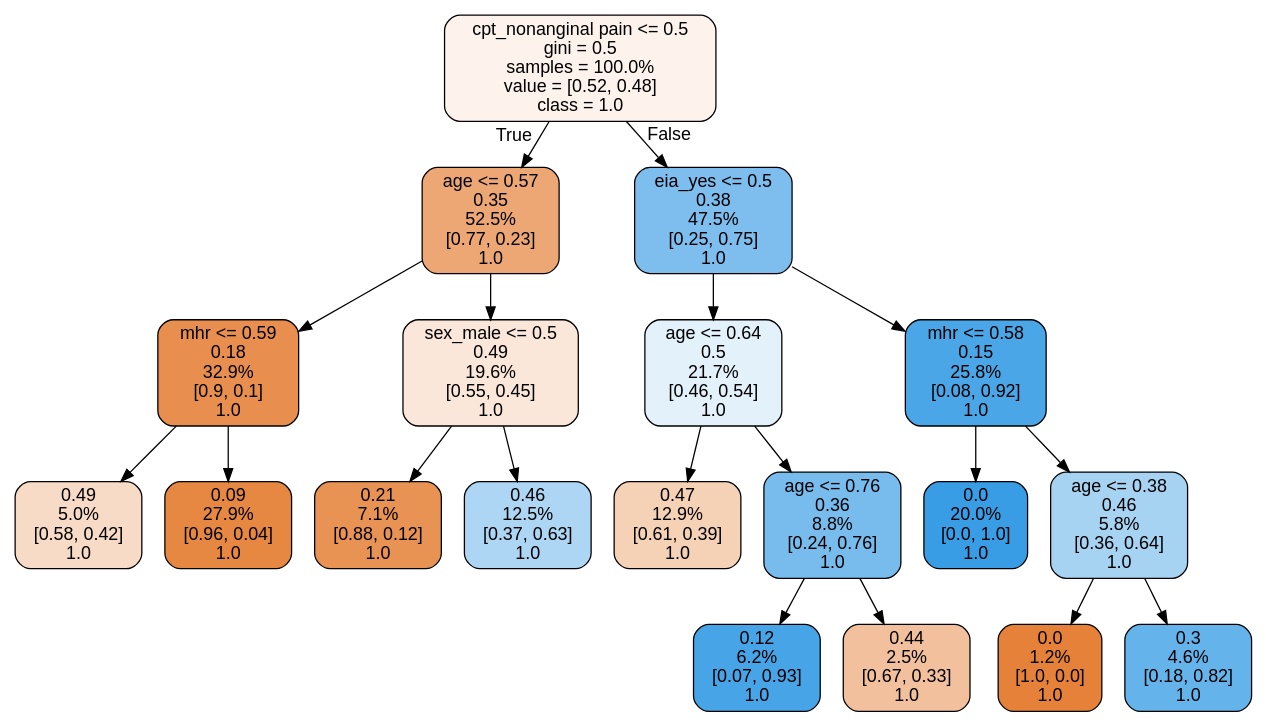
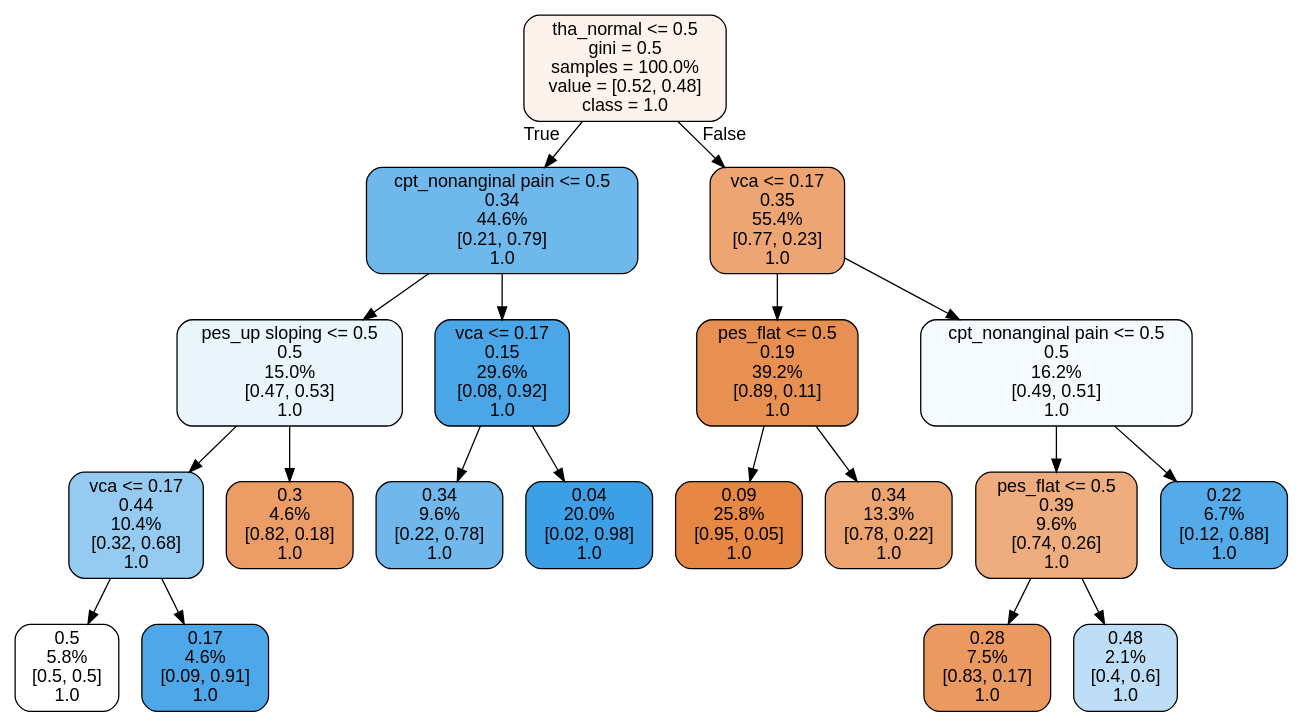
One commit to ma6068/SU changed the diagram in dot/decision_tree.dot. Above: the diagram before and after it, drawn with Graphviz. The commit also changed 45 other files, not shown here.

```diff
--- a/dot/decision_tree.dot
+++ b/dot/decision_tree.dot
@@ -1,41 +1,41 @@
 digraph Tree {
 node [shape=box, style="filled, rounded", color="black", fontname="helvetica"] ;
 edge [fontname="helvetica"] ;
-0 [label="cpt_nonanginal pain <= 0.5\ngini = 0.5\nsamples = 100.0%\nvalue = [0.52, 0.48]\nclass = 1.0", fillcolor="#fdf3ec"] ;
-1 [label="age <= 0.57\n0.35\n52.5%\n[0.77, 0.23]\n1.0", fillcolor="#eda774"] ;
+0 [label="tha_normal <= 0.5\ngini = 0.5\nsamples = 100.0%\nvalue = [0.52, 0.48]\nclass = 1.0", fillcolor="#fdf3ec"] ;
+1 [label="cpt_nonanginal pain <= 0.5\n0.34\n44.6%\n[0.21, 0.79]\n1.0", fillcolor="#6fb8ec"] ;
 0 -> 1 [labeldistance=2.5, labelangle=45, headlabel="True"] ;
-5 [label="mhr <= 0.59\n0.18\n32.9%\n[0.9, 0.1]\n1.0", fillcolor="#e88f4f"] ;
+5 [label="pes_up sloping <= 0.5\n0.5\n15.0%\n[0.47, 0.53]\n1.0", fillcolor="#eaf5fc"] ;
 1 -> 5 ;
-13 [label="0.49\n5.0%\n[0.58, 0.42]\n1.0", fillcolor="#f8dbc6"] ;
-5 -> 13 ;
-14 [label="0.09\n27.9%\n[0.96, 0.04]\n1.0", fillcolor="#e68742"] ;
-5 -> 14 ;
-6 [label="sex_male <= 0.5\n0.49\n19.6%\n[0.55, 0.45]\n1.0", fillcolor="#fae7d9"] ;
+9 [label="vca <= 0.17\n0.44\n10.4%\n[0.32, 0.68]\n1.0", fillcolor="#96cbf1"] ;
+5 -> 9 ;
+11 [label="0.5\n5.8%\n[0.5, 0.5]\n1.0", fillcolor="#ffffff"] ;
+9 -> 11 ;
+12 [label="0.17\n4.6%\n[0.09, 0.91]\n1.0", fillcolor="#4da7e8"] ;
+9 -> 12 ;
+10 [label="0.3\n4.6%\n[0.82, 0.18]\n1.0", fillcolor="#eb9d65"] ;
+5 -> 10 ;
+6 [label="vca <= 0.17\n0.15\n29.6%\n[0.08, 0.92]\n1.0", fillcolor="#4ba6e7"] ;
 1 -> 6 ;
-7 [label="0.21\n7.1%\n[0.88, 0.12]\n1.0", fillcolor="#e89253"] ;
-6 -> 7 ;
-8 [label="0.46\n12.5%\n[0.37, 0.63]\n1.0", fillcolor="#acd6f4"] ;
-6 -> 8 ;
-2 [label="eia_yes <= 0.5\n0.38\n47.5%\n[0.25, 0.75]\n1.0", fillcolor="#7dbeee"] ;
+17 [label="0.34\n9.6%\n[0.22, 0.78]\n1.0", fillcolor="#70b8ec"] ;
+6 -> 17 ;
+18 [label="0.04\n20.0%\n[0.02, 0.98]\n1.0", fillcolor="#3d9fe6"] ;
+6 -> 18 ;
+2 [label="vca <= 0.17\n0.35\n55.4%\n[0.77, 0.23]\n1.0", fillcolor="#eda673"] ;
 0 -> 2 [labeldistance=2.5, labelangle=-45, headlabel="False"] ;
-3 [label="age <= 0.64\n0.5\n21.7%\n[0.46, 0.54]\n1.0", fillcolor="#e3f1fb"] ;
+3 [label="pes_flat <= 0.5\n0.19\n39.2%\n[0.89, 0.11]\n1.0", fillcolor="#e89051"] ;
 2 -> 3 ;
-9 [label="0.47\n12.9%\n[0.61, 0.39]\n1.0", fillcolor="#f5d1b6"] ;
-3 -> 9 ;
-10 [label="age <= 0.76\n0.36\n8.8%\n[0.24, 0.76]\n1.0", fillcolor="#77bced"] ;
-3 -> 10 ;
-11 [label="0.12\n6.2%\n[0.07, 0.93]\n1.0", fillcolor="#47a4e7"] ;
-10 -> 11 ;
-12 [label="0.44\n2.5%\n[0.67, 0.33]\n1.0", fillcolor="#f2c09c"] ;
-10 -> 12 ;
-4 [label="mhr <= 0.58\n0.15\n25.8%\n[0.08, 0.92]\n1.0", fillcolor="#4aa6e7"] ;
+15 [label="0.09\n25.8%\n[0.95, 0.05]\n1.0", fillcolor="#e68743"] ;
+3 -> 15 ;
+16 [label="0.34\n13.3%\n[0.78, 0.22]\n1.0", fillcolor="#eca470"] ;
+3 -> 16 ;
+4 [label="cpt_nonanginal pain <= 0.5\n0.5\n16.2%\n[0.49, 0.51]\n1.0", fillcolor="#f5fafe"] ;
 2 -> 4 ;
-15 [label="0.0\n20.0%\n[0.0, 1.0]\n1.0", fillcolor="#399de5"] ;
-4 -> 15 ;
-16 [label="age <= 0.38\n0.46\n5.8%\n[0.36, 0.64]\n1.0", fillcolor="#a7d3f3"] ;
-4 -> 16 ;
-17 [label="0.0\n1.2%\n[1.0, 0.0]\n1.0", fillcolor="#e58139"] ;
-16 -> 17 ;
-18 [label="0.3\n4.6%\n[0.18, 0.82]\n1.0", fillcolor="#65b3eb"] ;
-16 -> 18 ;
+7 [label="pes_flat <= 0.5\n0.39\n9.6%\n[0.74, 0.26]\n1.0", fillcolor="#eead7f"] ;
+4 -> 7 ;
+13 [label="0.28\n7.5%\n[0.83, 0.17]\n1.0", fillcolor="#ea9a61"] ;
+7 -> 13 ;
+14 [label="0.48\n2.1%\n[0.4, 0.6]\n1.0", fillcolor="#bddef6"] ;
+7 -> 14 ;
+8 [label="0.22\n6.7%\n[0.12, 0.88]\n1.0", fillcolor="#55abe9"] ;
+4 -> 8 ;
 }
```
